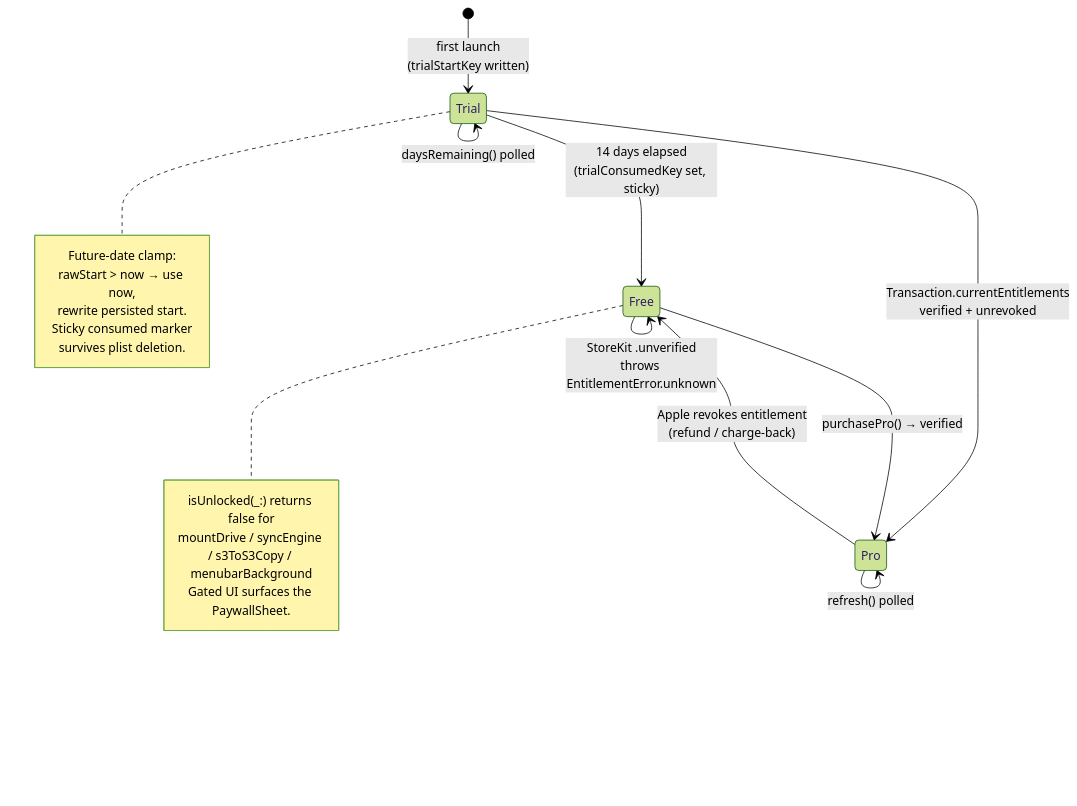
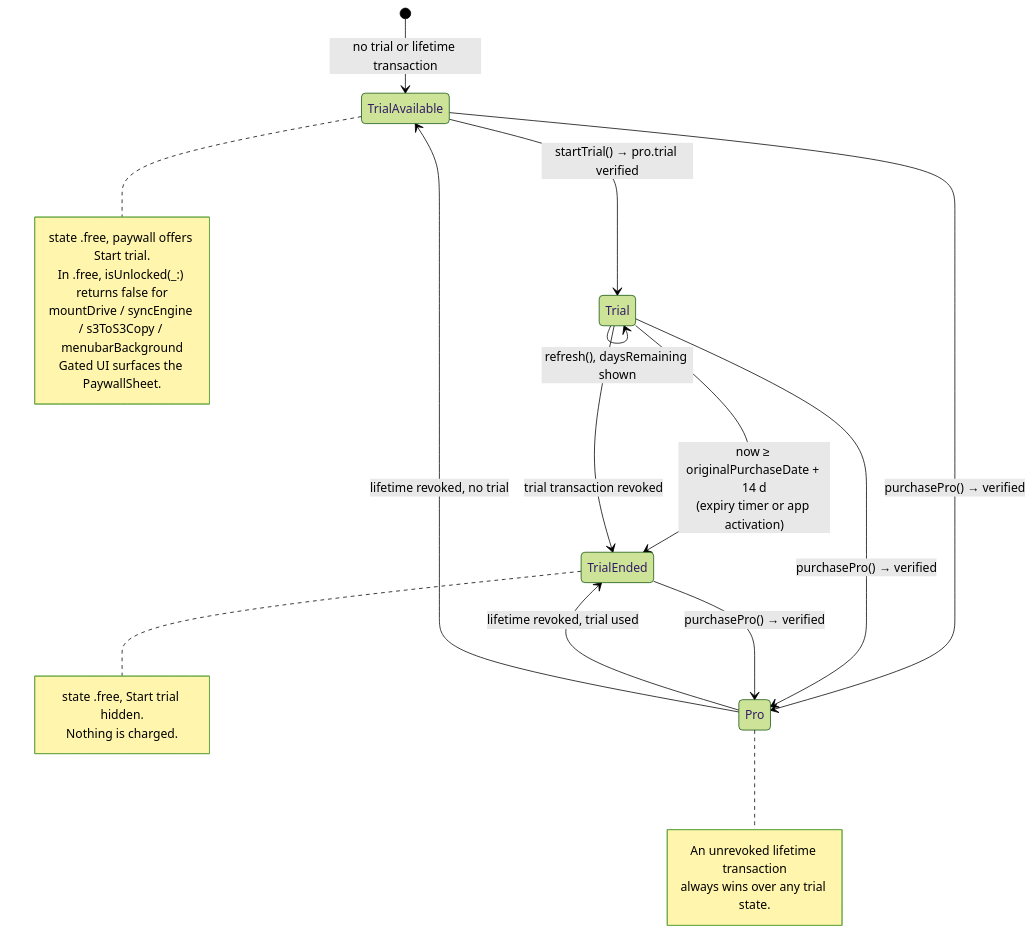
Before and after one commit to digitalfreedom-co-za/bucketeer: diagram 12 of 20 in docs/ARCHITECTURE.md, drawn with Mermaid (forest theme). The commit also changed other lines of this file and 21 other files, not shown here.

````diff
--- a/docs/ARCHITECTURE.md
+++ b/docs/ARCHITECTURE.md
@@ -585,25 +666,30 @@
 ```mermaid
 stateDiagram-v2
-    [*] --> Trial: first launch<br/>(trialStartKey written)
-    Trial --> Trial: daysRemaining() polled
-    Trial --> Free: 14 days elapsed<br/>(trialConsumedKey set, sticky)
-    Trial --> Pro: Transaction.currentEntitlements<br/>verified + unrevoked
-    Free --> Pro: purchasePro() → verified
-    Free --> Free: StoreKit .unverified<br/>throws EntitlementError.unknown
-    Pro --> Free: Apple revokes entitlement<br/>(refund / charge-back)
-    Pro --> Pro: refresh() polled
+    [*] --> TrialAvailable: no trial or lifetime transaction
+    TrialAvailable --> Trial: startTrial() → pro.trial verified
+    Trial --> Trial: refresh(), daysRemaining shown
+    Trial --> TrialEnded: now ≥ originalPurchaseDate + 14 d<br/>(expiry timer or app activation)
+    Trial --> TrialEnded: trial transaction revoked
+    TrialAvailable --> Pro: purchasePro() → verified
+    Trial --> Pro: purchasePro() → verified
+    TrialEnded --> Pro: purchasePro() → verified
+    Pro --> TrialEnded: lifetime revoked, trial used
+    Pro --> TrialAvailable: lifetime revoked, no trial
 
-    note right of Trial
-      Future-date clamp:
-      rawStart > now → use now,
-      rewrite persisted start.
-      Sticky consumed marker
-      survives plist deletion.
+    note right of Pro
+      An unrevoked lifetime transaction
+      always wins over any trial state.
     end note
 
-    note right of Free
-      isUnlocked(_:) returns false for
+    note right of TrialEnded
+      state .free, Start trial hidden.
+      Nothing is charged.
+    end note
+
+    note right of TrialAvailable
+      state .free, paywall offers Start trial.
+      In .free, isUnlocked(_:) returns false for
       mountDrive / syncEngine / s3ToS3Copy / menubarBackground
       Gated UI surfaces the PaywallSheet.
     end note
 ```
````
